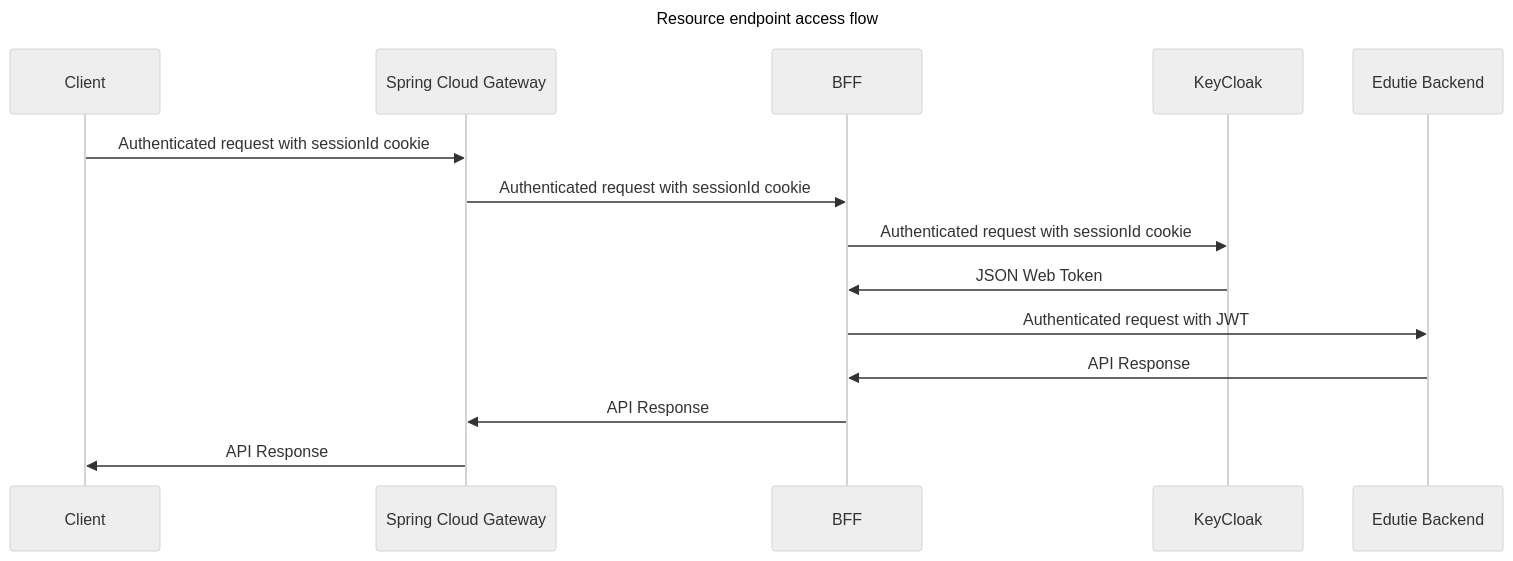
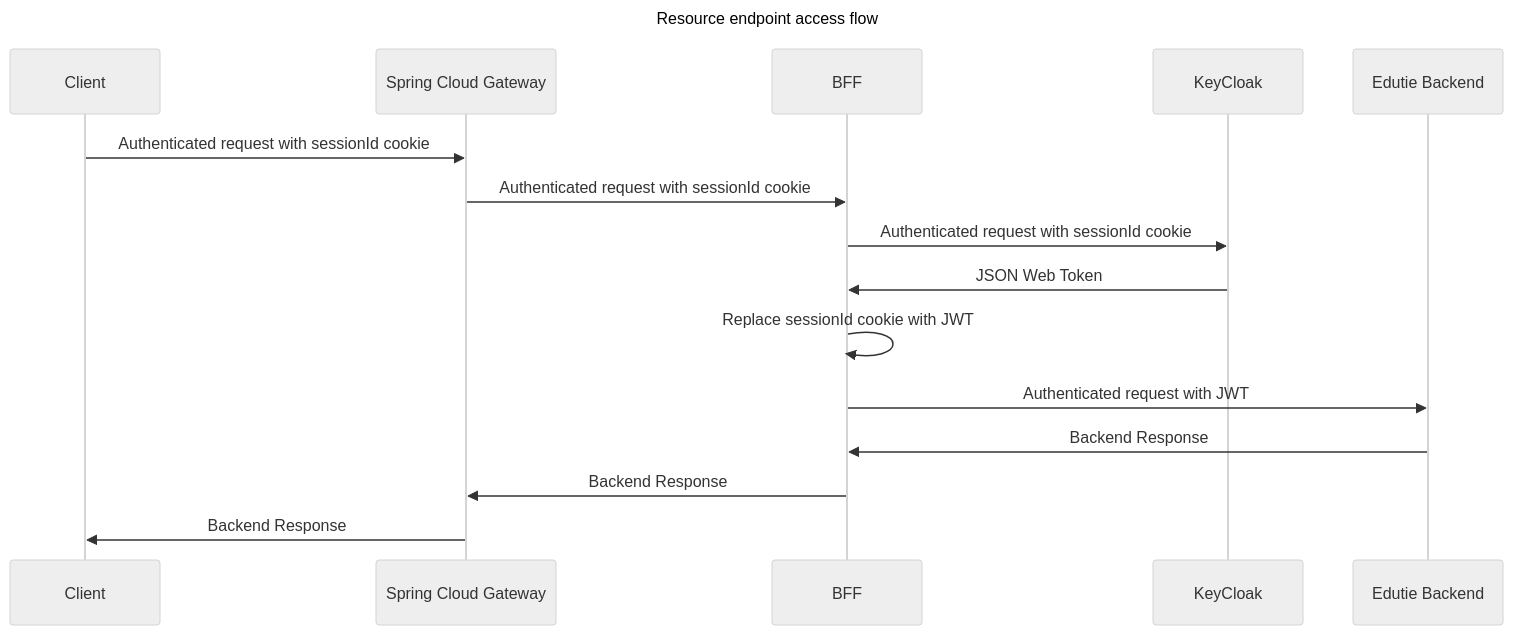
Before and after one commit to EdutieProject/edutie-backend: the diagram in docs/auth/readme.md, drawn with Mermaid (neutral theme).

Commit message:
Mermaid auth doc 2

````diff
--- a/docs/auth/readme.md
+++ b/docs/auth/readme.md
@@ -35,14 +35,15 @@
 ```mermaid
 ---
 title: Resource endpoint access flow
 ---
 sequenceDiagram
     Client->>Spring Cloud Gateway: Authenticated request with sessionId cookie
     Spring Cloud Gateway->>BFF: Authenticated request with sessionId cookie
     BFF->>KeyCloak: Authenticated request with sessionId cookie
     KeyCloak->>BFF: JSON Web Token
+    BFF->>BFF: Replace sessionId cookie with JWT
     BFF->>Edutie Backend: Authenticated request with JWT
-    Edutie Backend->>BFF: API Response
-    BFF->>Spring Cloud Gateway: API Response
-    Spring Cloud Gateway->>Client: API Response
+    Edutie Backend->>BFF: Backend Response
+    BFF->>Spring Cloud Gateway: Backend Response
+    Spring Cloud Gateway->>Client: Backend Response
 ```
````
